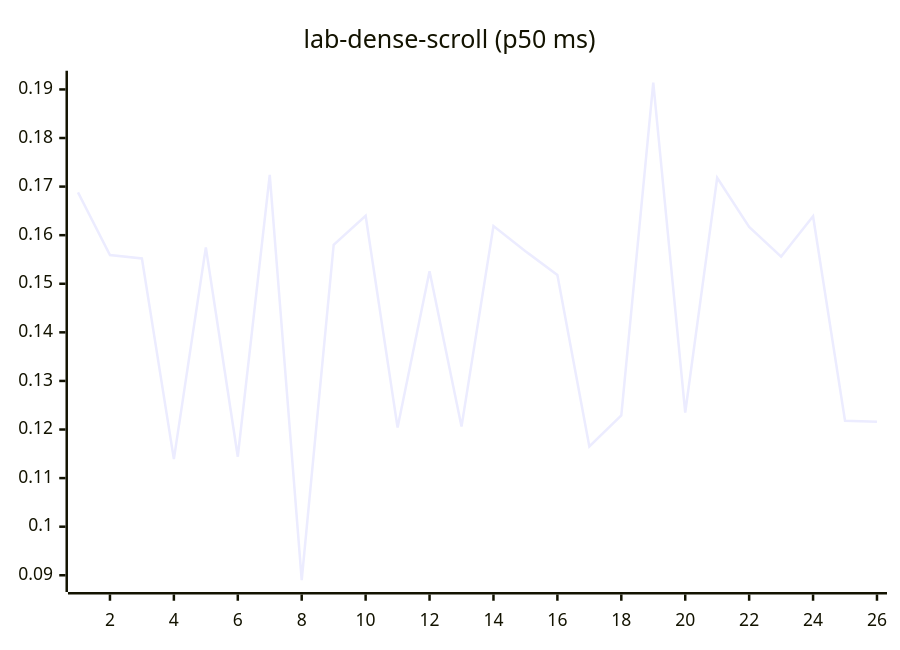
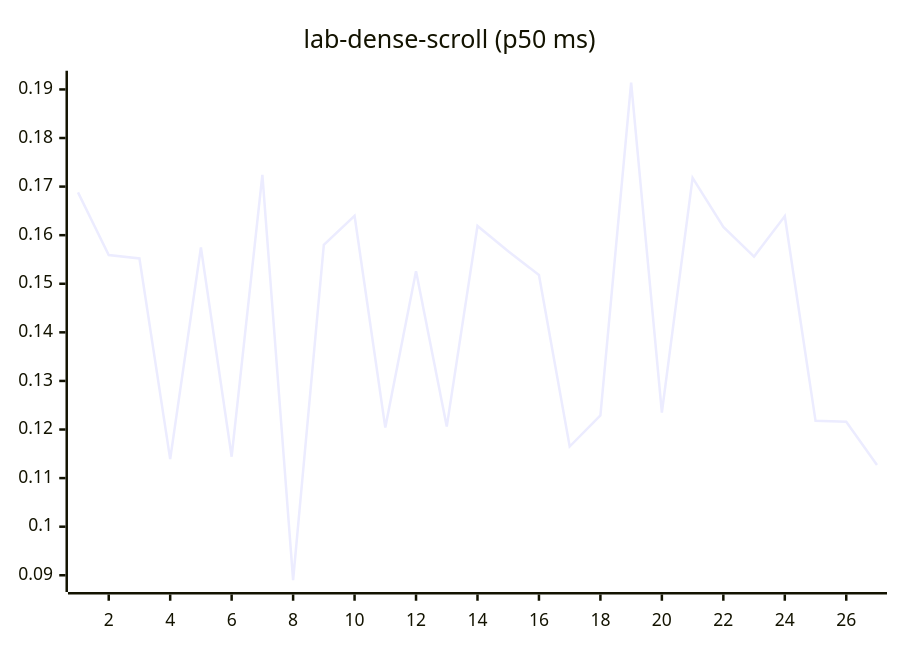
One commit to josha/Facet changed diagram 12 of 27 in README.md. Above: the diagram before and after it, drawn with Mermaid. The commit also changed other lines of this file and 2 other files, not shown here.

````diff
--- a/README.md
+++ b/README.md
@@ -140,6 +140,6 @@
 ```mermaid
 xychart-beta
     title "lab-dense-scroll (p50 ms)"
-    x-axis 1 --> 26
-    line [0.1688, 0.1559, 0.1552, 0.1139, 0.1575, 0.1144, 0.1724, 0.0890, 0.1580, 0.1640, 0.1204, 0.1526, 0.1206, 0.1619, 0.1567, 0.1518, 0.1165, 0.1229, 0.1914, 0.1235, 0.1718, 0.1617, 0.1556, 0.1639, 0.1218, 0.1216]
+    x-axis 1 --> 27
+    line [0.1688, 0.1559, 0.1552, 0.1139, 0.1575, 0.1144, 0.1724, 0.0890, 0.1580, 0.1640, 0.1204, 0.1526, 0.1206, 0.1619, 0.1567, 0.1518, 0.1165, 0.1229, 0.1914, 0.1235, 0.1718, 0.1617, 0.1556, 0.1639, 0.1218, 0.1216, 0.1127]
 ```
````
